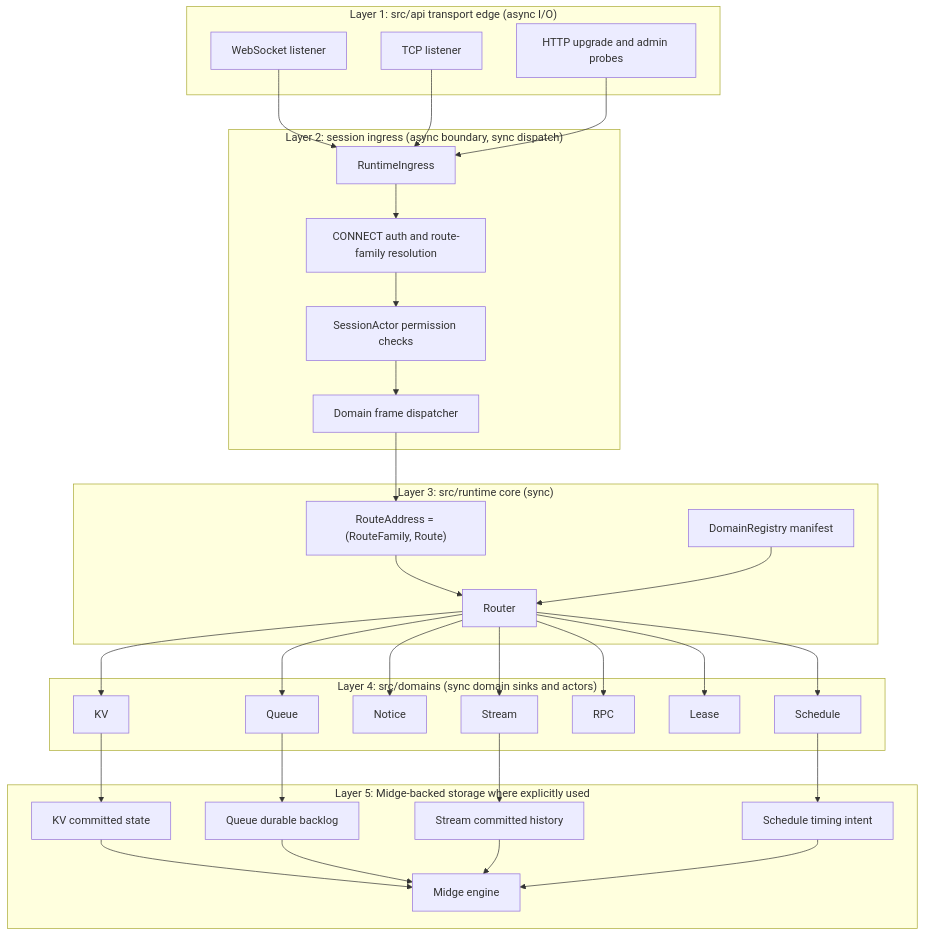
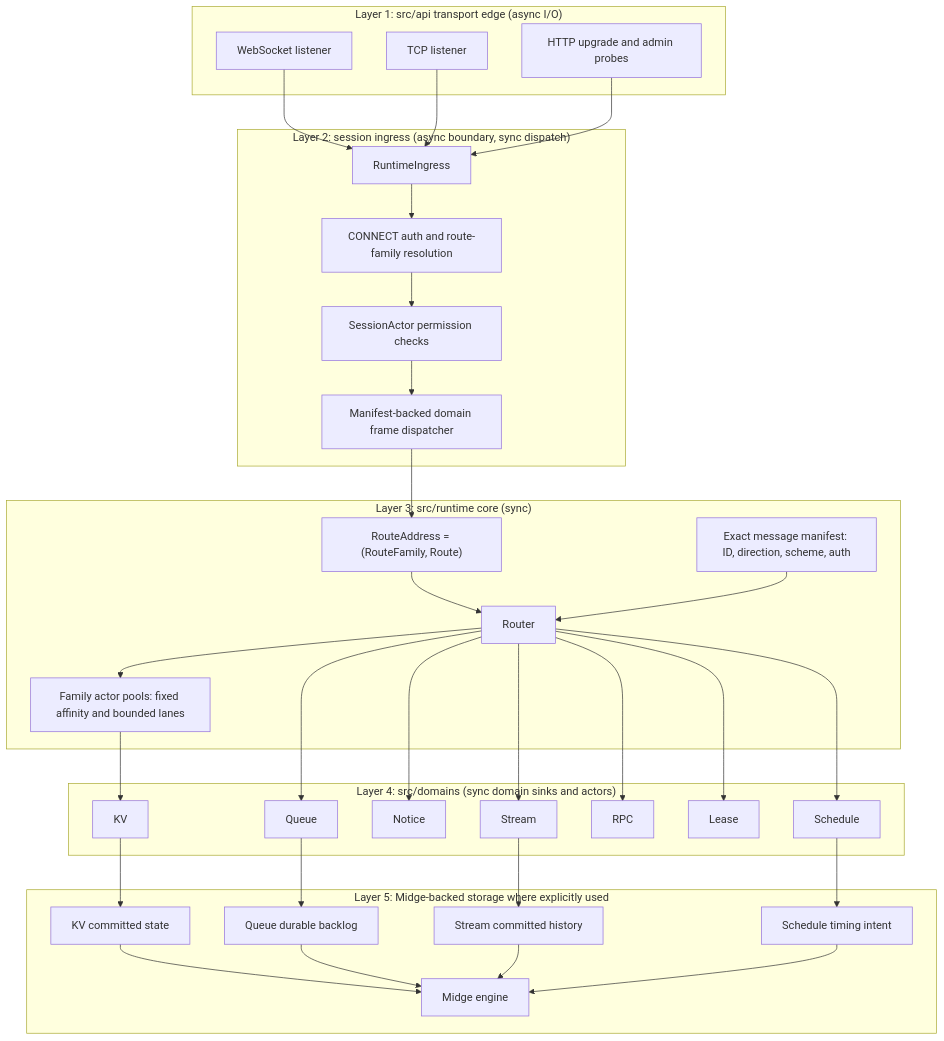
Before and after one commit to cntryl/fitz: the first of 6 diagrams in docs/development/architecture-diagrams.md, drawn with Mermaid. The commit also changed 150 other files, not shown here.

````diff
--- a/docs/development/architecture-diagrams.md
+++ b/docs/development/architecture-diagrams.md
@@ -16,57 +16,59 @@
 ```mermaid
 flowchart TB
     subgraph L1["Layer 1: src/api transport edge (async I/O)"]
         WS["WebSocket listener"]
         TCP["TCP listener"]
         HTTP["HTTP upgrade and admin probes"]
     end
 
     subgraph L2["Layer 2: session ingress (async boundary, sync dispatch)"]
         ING["RuntimeIngress"]
         AUTH["CONNECT auth and route-family resolution"]
         PERM["SessionActor permission checks"]
-        DISPATCH["Domain frame dispatcher"]
+        DISPATCH["Manifest-backed domain frame dispatcher"]
     end
 
     subgraph L3["Layer 3: src/runtime core (sync)"]
         ROUTER["Router"]
         ADDR["RouteAddress = (RouteFamily, Route)"]
-        MANIFEST["DomainRegistry manifest"]
+        MANIFEST["Exact message manifest: ID, direction, scheme, auth"]
+        ACTORS["Family actor pools: fixed affinity and bounded lanes"]
     end
 
     subgraph L4["Layer 4: src/domains (sync domain sinks and actors)"]
         KV["KV"]
         QUEUE["Queue"]
         NOTICE["Notice"]
         STREAM["Stream"]
         RPC["RPC"]
         LEASE["Lease"]
         SCHEDULE["Schedule"]
     end
 
     subgraph L5["Layer 5: Midge-backed storage where explicitly used"]
         MIDGE["Midge engine"]
         KVSTORE["KV committed state"]
         QSTORE["Queue durable backlog"]
         SSTORE["Stream committed history"]
         TSTORE["Schedule timing intent"]
     end
 
     WS --> ING
     TCP --> ING
     HTTP --> ING
     ING --> AUTH --> PERM --> DISPATCH
     DISPATCH --> ADDR --> ROUTER
     MANIFEST --> ROUTER
-    ROUTER --> KV
+    ROUTER --> ACTORS
+    ACTORS --> KV
     ROUTER --> QUEUE
     ROUTER --> NOTICE
     ROUTER --> STREAM
     ROUTER --> RPC
     ROUTER --> LEASE
     ROUTER --> SCHEDULE
     KV --> KVSTORE --> MIDGE
     QUEUE --> QSTORE --> MIDGE
     STREAM --> SSTORE --> MIDGE
     SCHEDULE --> TSTORE --> MIDGE
 ```
````
